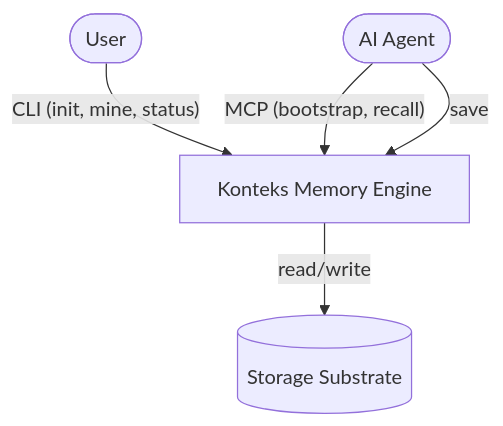
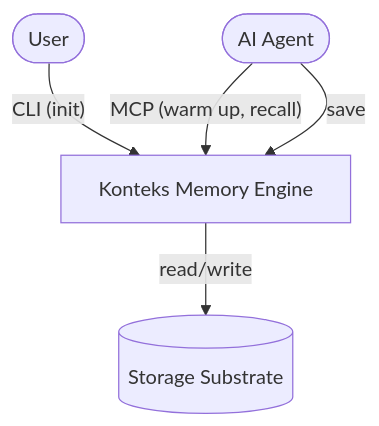
One commit to konteks/cli changed the first of 2 diagrams in docs/core-concepts/overview.md. Above: the diagram before and after it, drawn with Mermaid. The commit also changed other lines of this file and 10 other files, not shown here.

````diff
--- a/docs/core-concepts/overview.md
+++ b/docs/core-concepts/overview.md
@@ -7,7 +7,7 @@
 ```mermaid
 graph TD
-    User([User]) -- "CLI (init, mine, status)" --> Engine[Konteks Memory Engine]
-    Agent([AI Agent]) -- "MCP (bootstrap, recall)" --> Engine
+    User([User]) -- "CLI (init)" --> Engine[Konteks Memory Engine]
+    Agent([AI Agent]) -- "MCP (warm up, recall)" --> Engine
     Engine -- "read/write" --> Substrate[(Storage Substrate)]
     Agent -- "save" --> Engine
 ```
````
